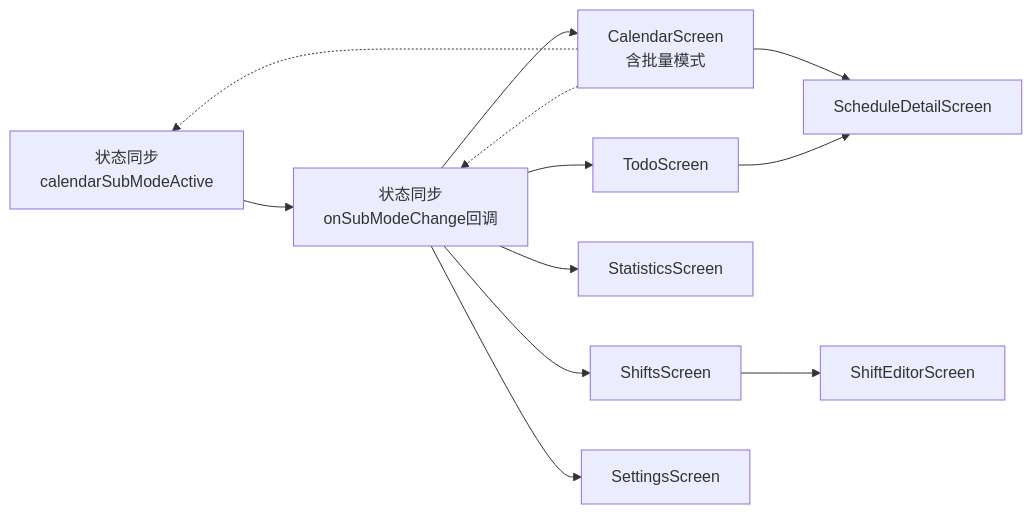
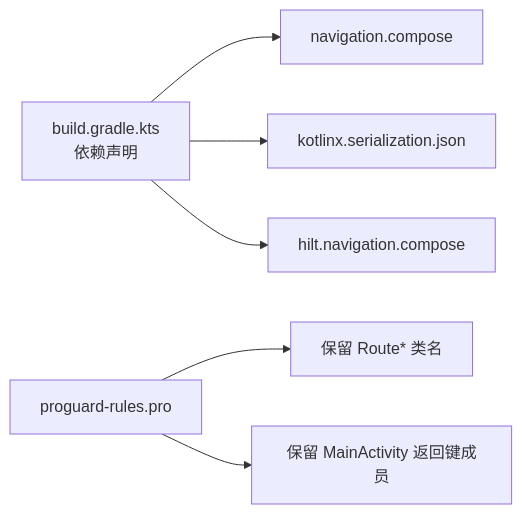
Before and after one commit to xiaobai860/paibanrili: the sixth of 7 diagrams in .qoder/repowiki/zh/content/架构设计/导航系统设计.md, drawn with Mermaid. The commit also changed other lines of this file and 245 other files, not shown here.

````diff
--- a/.qoder/repowiki/zh/content/架构设计/导航系统设计.md
+++ b/.qoder/repowiki/zh/content/架构设计/导航系统设计.md
@@ -408,14 +251,8 @@
 ```mermaid
 graph LR
-MA["MainActivity"] --> ANH["AppNavHost<br/>含calendarSubModeActive状态"]
-ANH --> CS["CalendarScreen<br/>含批量模式"]
-ANH --> TS["TodoScreen"]
-ANH --> SS["StatisticsScreen"]
-ANH --> SH["ShiftsScreen"]
-ANH --> ST["SettingsScreen"]
-CS --> SD["ScheduleDetailScreen"]
-TS --> SD
-SH --> SE["ShiftEditorScreen"]
-CS -.-> MA["状态同步<br/>calendarSubModeActive"]
-CS -.-> ANH["状态同步<br/>onSubModeChange回调"]
+Gradle["build.gradle.kts<br/>依赖声明"] --> Nav["navigation.compose"]
+Gradle --> Ser["kotlinx.serialization.json"]
+Gradle --> HiltNav["hilt.navigation.compose"]
+ProGuard["proguard-rules.pro"] --> KeepRoutes["保留 Route* 类名"]
+ProGuard --> KeepMain["保留 MainActivity 返回键成员"]
 ```
````
